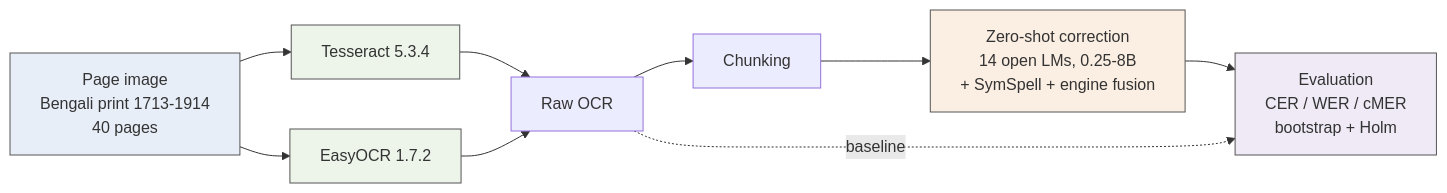
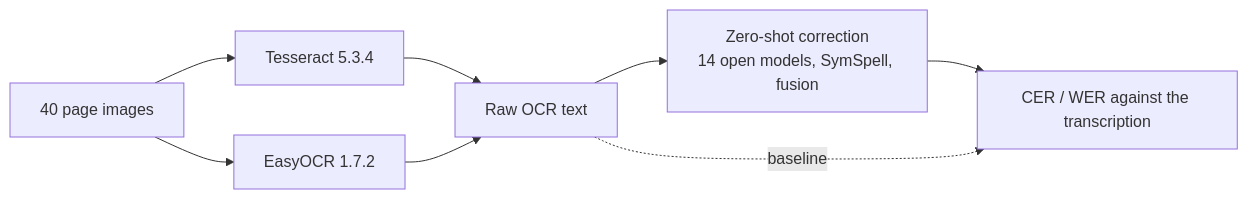
The diagram in README.md (Ariffurrhmn/bengali-postocr-sllm), drawn with Mermaid before and after one commit. The commit also changed other lines of this file and 93 other files, not shown here.

````diff
--- a/README.md
+++ b/README.md
@@ -21,16 +10,10 @@
 ```mermaid
 flowchart LR
-    A["Page image<br/>Bengali print 1713-1914<br/>40 pages"] --> B["Tesseract 5.3.4"]
+    A["40 page images"] --> B["Tesseract 5.3.4"]
     A --> C["EasyOCR 1.7.2"]
-    B --> D["Raw OCR"]
+    B --> D["Raw OCR text"]
     C --> D
-    D --> E["Chunking"]
-    E --> F["Zero-shot correction<br/>14 open LMs, 0.25-8B<br/>+ SymSpell + engine fusion"]
-    F --> G["Evaluation<br/>CER / WER / cMER<br/>bootstrap + Holm"]
-    D -. "baseline" .-> G
-    style A fill:#e8eef8,stroke:#555
-    style B fill:#edf5ea,stroke:#555
-    style C fill:#edf5ea,stroke:#555
-    style F fill:#fbeee2,stroke:#555
-    style G fill:#efeaf6,stroke:#555
+    D --> E["Zero-shot correction<br/>14 open models, SymSpell, fusion"]
+    E --> F["CER / WER against the transcription"]
+    D -. "baseline" .-> F
 ```
````
